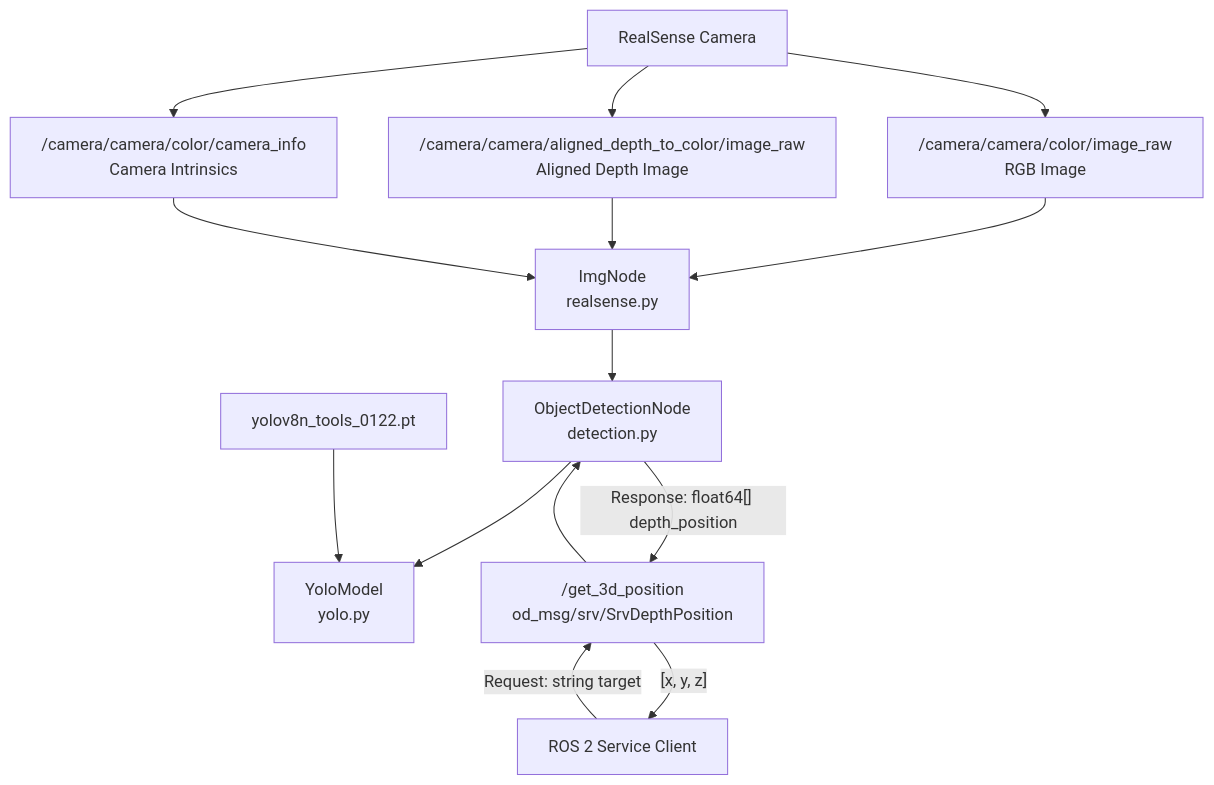
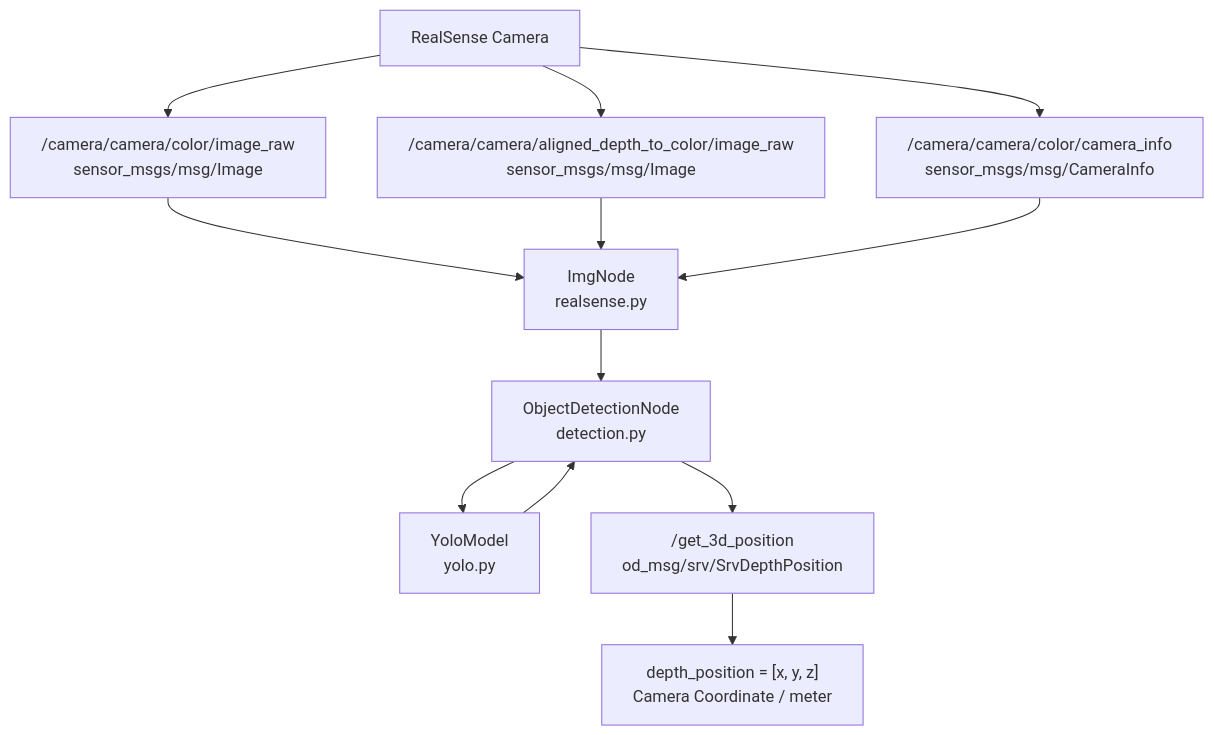
One commit to poi3824/2026_ROKEY_RL-Avoid-Obstacle changed the diagram in README.md. Above: the diagram before and after it, drawn with Mermaid. The commit also changed other lines of this file, not shown here.

````diff
--- a/README.md
+++ b/README.md
@@ -61,33 +74,29 @@
 ```mermaid
 flowchart TD
-    CAMERA["RealSense Camera"]
+    CAMERA[RealSense Camera]
 
-    RGB["/camera/camera/color/image_raw<br/>RGB Image"]
-    DEPTH["/camera/camera/aligned_depth_to_color/image_raw<br/>Aligned Depth Image"]
-    INFO["/camera/camera/color/camera_info<br/>Camera Intrinsics"]
+    RGB["/camera/camera/color/image_raw<br/>sensor_msgs/msg/Image"]
+    DEPTH["/camera/camera/aligned_depth_to_color/image_raw<br/>sensor_msgs/msg/Image"]
+    INFO["/camera/camera/color/camera_info<br/>sensor_msgs/msg/CameraInfo"]
 
     IMG["ImgNode<br/>realsense.py"]
-    DETECTION["ObjectDetectionNode<br/>detection.py"]
+    DETECT["ObjectDetectionNode<br/>detection.py"]
     YOLO["YoloModel<br/>yolo.py"]
 
-    MODEL["yolov8n_tools_0122.pt"]
     SERVICE["/get_3d_position<br/>od_msg/srv/SrvDepthPosition"]
-    CLIENT["ROS 2 Service Client"]
+    RESULT["depth_position = [x, y, z]<br/>Camera Coordinate / meter"]
 
     CAMERA --> RGB
     CAMERA --> DEPTH
     CAMERA --> INFO
 
     RGB --> IMG
     DEPTH --> IMG
     INFO --> IMG
 
-    IMG --> DETECTION
-    DETECTION --> YOLO
-    MODEL --> YOLO
-
-    CLIENT -->|"Request: string target"| SERVICE
-    SERVICE --> DETECTION
-    DETECTION -->|"Response: float64[] depth_position"| SERVICE
-    SERVICE -->|"[x, y, z]"| CLIENT
+    IMG --> DETECT
+    DETECT --> YOLO
+    YOLO --> DETECT
+    DETECT --> SERVICE
+    SERVICE --> RESULT
 ```
````
